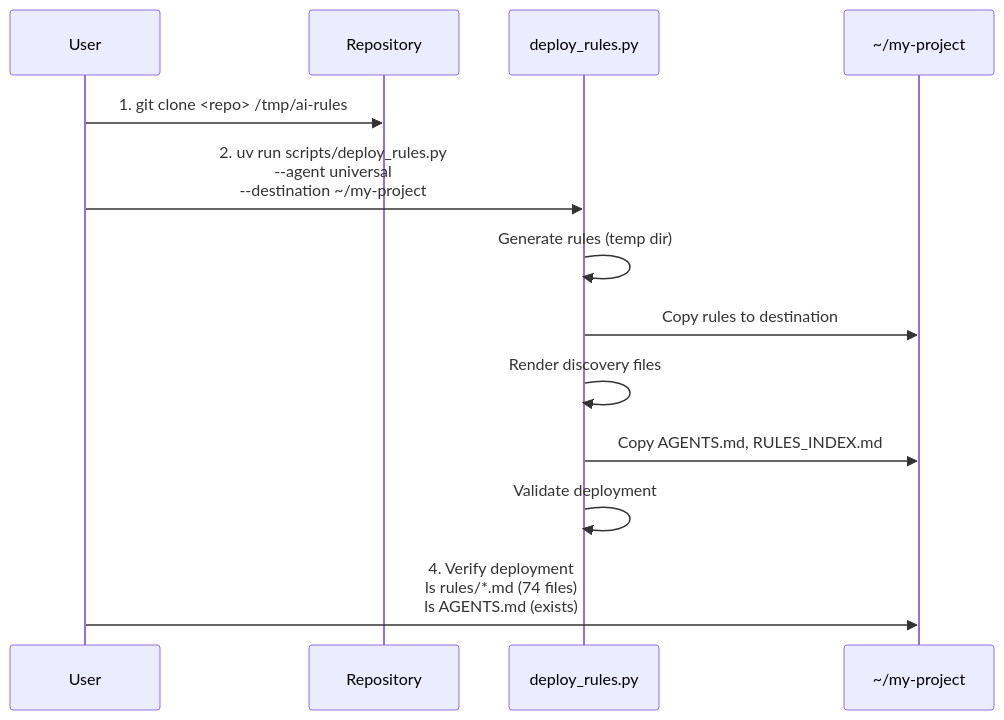
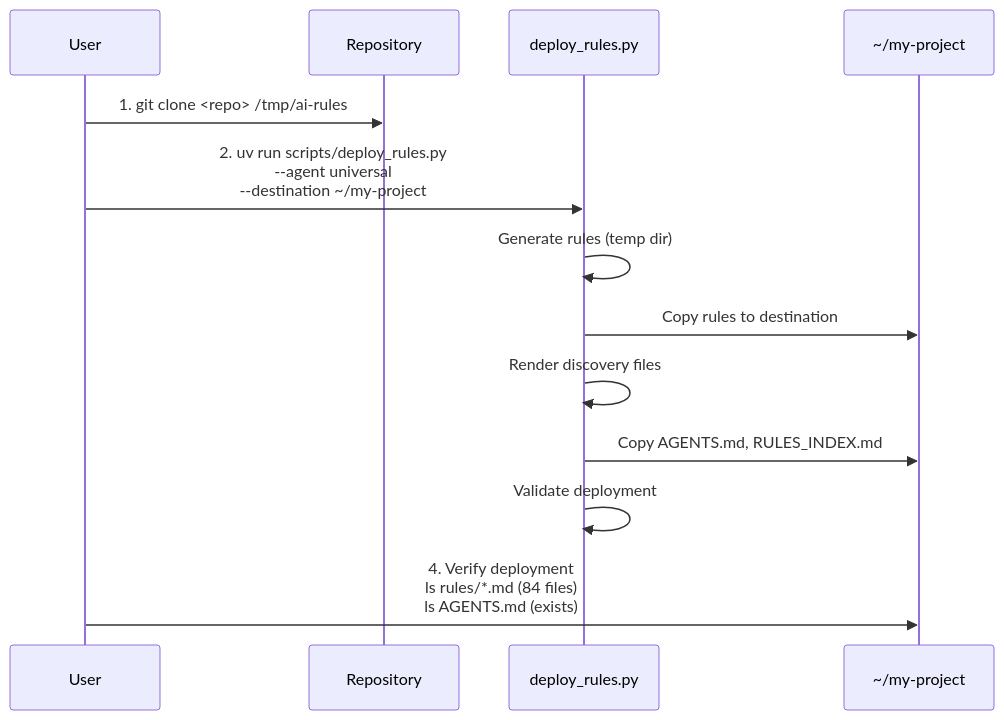
One commit to sfc-gh-myoung/ai_coding_rules changed the fourth of 5 diagrams in docs/ARCHITECTURE.md. Above: the diagram before and after it, drawn with Mermaid. The commit also changed other lines of this file and 28 other files, not shown here.

````diff
--- a/docs/ARCHITECTURE.md
+++ b/docs/ARCHITECTURE.md
@@ -413,16 +414,16 @@
 ```mermaid
 sequenceDiagram
     participant User
     participant Repo as Repository
     participant Script as deploy_rules.py
     participant Target as ~/my-project
 
     User->>Repo: 1. git clone <repo> /tmp/ai-rules
     User->>Script: 2. uv run scripts/deploy_rules.py<br/>--agent universal<br/>--destination ~/my-project
     Script->>Script: Generate rules (temp dir)
     Script->>Target: Copy rules to destination
     Script->>Script: Render discovery files
     Script->>Target: Copy AGENTS.md, RULES_INDEX.md
     Script->>Script: Validate deployment
-    User->>Target: 4. Verify deployment<br/>ls rules/*.md (74 files)<br/>ls AGENTS.md (exists)
+    User->>Target: 4. Verify deployment<br/>ls rules/*.md (84 files)<br/>ls AGENTS.md (exists)
 ```
````
